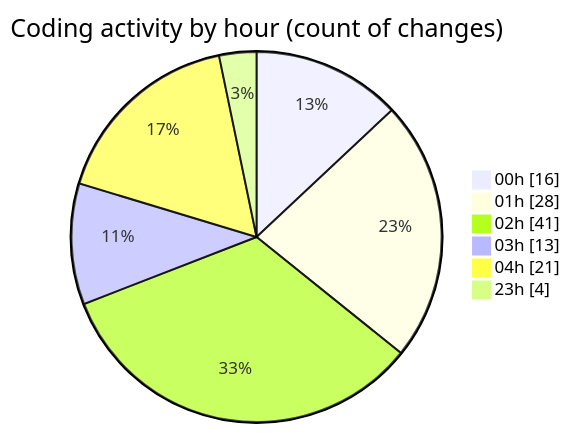
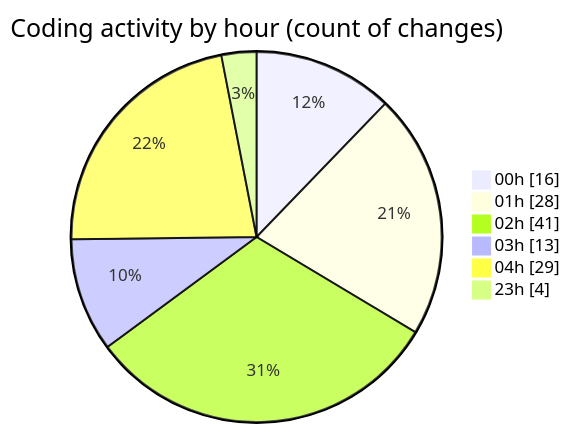
One commit to julien-gomy/code-tracking changed the second of 2 diagrams in 2025-11-23/eventscop-frontend-guide__workspace_/README.md. Above: the diagram before and after it, drawn with Mermaid. The commit also changed other lines of this file and 1 other file, not shown here.

````diff
--- a/2025-11-23/eventscop-frontend-guide__workspace_/README.md
+++ b/2025-11-23/eventscop-frontend-guide__workspace_/README.md
@@ -81,10 +85,10 @@
 ```mermaid
 pie showData
 title Coding activity by hour (count of changes)
 "00h" : 16
 "01h" : 28
 "02h" : 41
 "03h" : 13
-"04h" : 21
+"04h" : 29
 "23h" : 4
 ```
````
